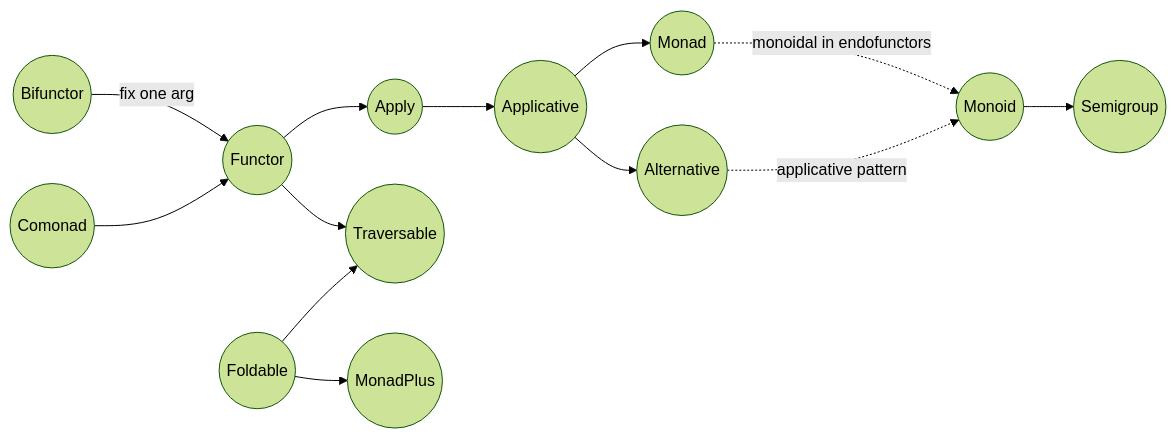
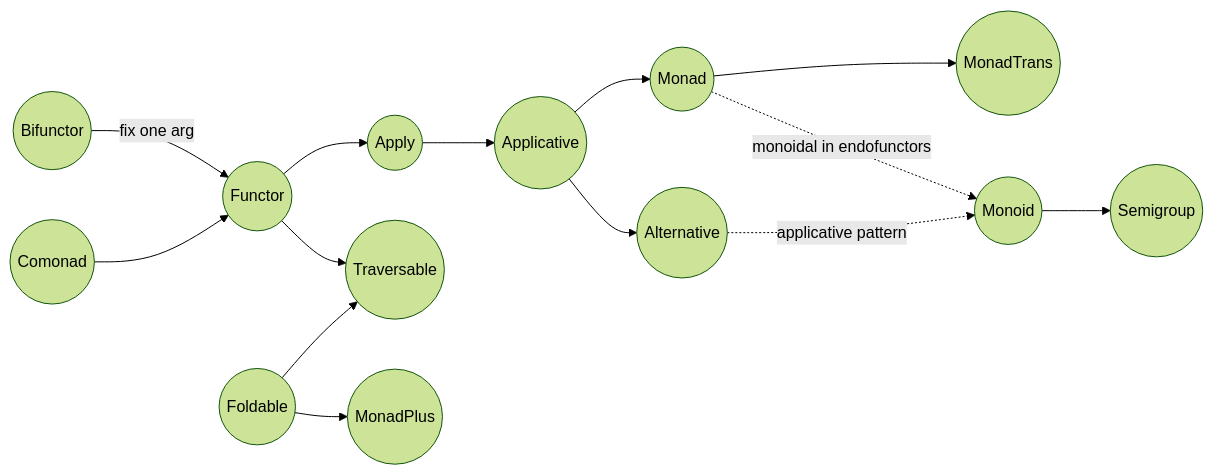
One commit to maxgherman/ts-haskell changed the diagram in README.md. Above: the diagram before and after it, drawn with Mermaid (forest theme). The commit also changed other lines of this file, not shown here.

Commit message:
Readme diagram

````diff
--- a/README.md
+++ b/README.md
@@ -39,28 +13,30 @@
 ```mermaid
 flowchart LR
     BIFUNCTOR((Bifunctor))
     FUNCTOR((Functor))
     APPLY((Apply))
     APPLICATIVE((Applicative))
     ALTERNATIVE((Alternative))
     MONAD((Monad))
+    MONADTRANS((MonadTrans))
     COMONAD((Comonad))
     MONOID((Monoid))
     SEMIGROUP((Semigroup))
     TRAVERSABLE((Traversable))
     FOLDABLE((Foldable))
     MONADPLUS((MonadPlus))
 
     BIFUNCTOR -- fix one arg --> FUNCTOR
     FUNCTOR --> APPLY
     APPLY --> APPLICATIVE
     APPLICATIVE --> ALTERNATIVE
     APPLICATIVE --> MONAD
+    MONAD --> MONADTRANS
     MONAD -. monoidal in endofunctors .-> MONOID
     MONOID --> SEMIGROUP
     COMONAD --> FUNCTOR
     FUNCTOR --> TRAVERSABLE
     FOLDABLE --> TRAVERSABLE
     FOLDABLE --> MONADPLUS
     ALTERNATIVE -. applicative pattern .-> MONOID
 ```
````
